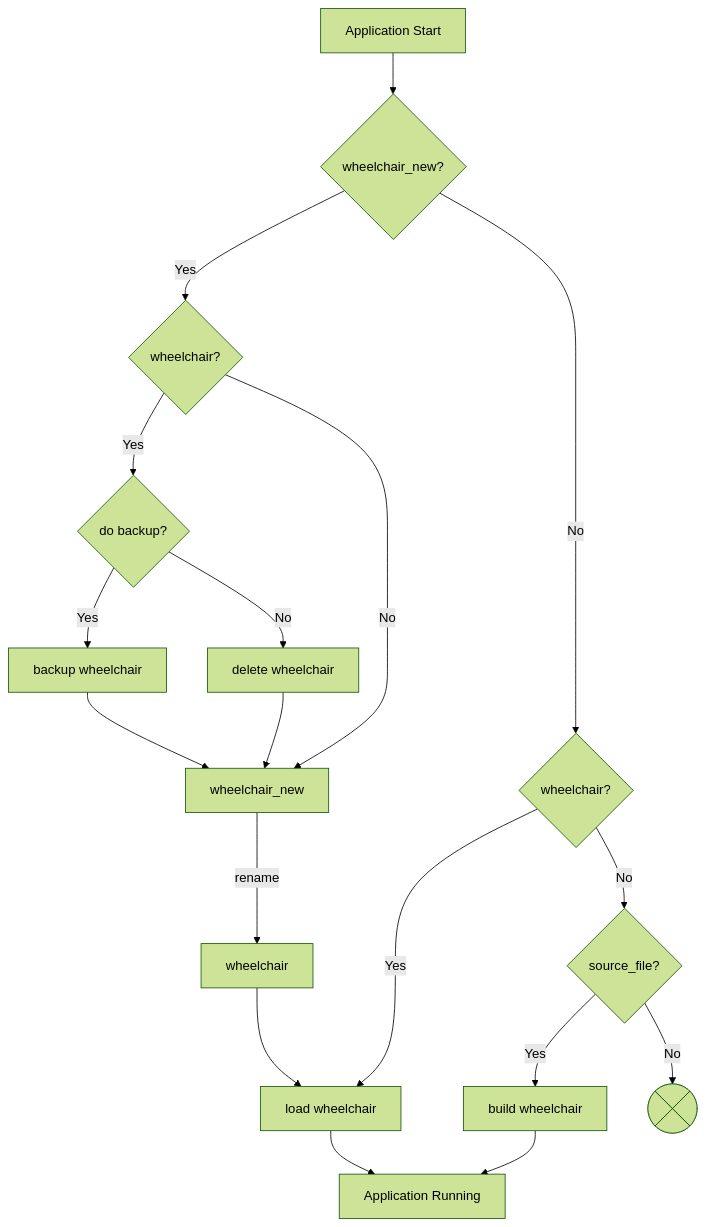
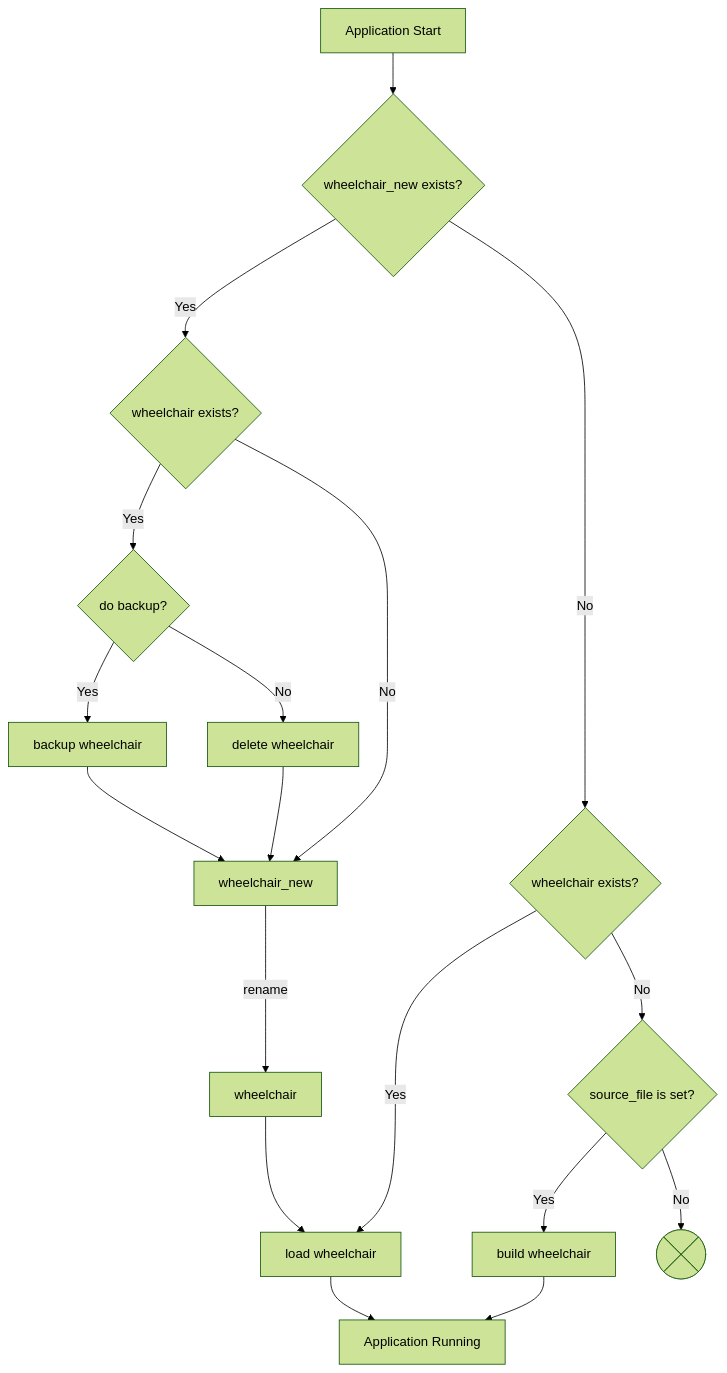
Before and after one commit to GIScience/openrouteservice: the diagram in docs/technical-details/graph-repo-client/index.md, drawn with Mermaid (forest theme). The commit also changed other lines of this file and 27 other files, not shown here.

First line of the commit message:
docs(graph-management): Overhaul config documentation

````diff
--- a/docs/technical-details/graph-repo-client/index.md
+++ b/docs/technical-details/graph-repo-client/index.md
@@ -294,19 +294,19 @@
 ```mermaid
 flowchart TD
-    AS[Application Start] --> QN{wheelchair_new?}
-        QN -->|Yes| QW{wheelchair?} 
+    AS[Application Start] --> QN{wheelchair_new exists?}
+        QN -->|Yes| QW{wheelchair exists?} 
             QW -->|Yes| QB{do backup?} 
                 QB -->|Yes| B[backup wheelchair] 
                     B --> RW
                 QB -->|No | D[delete wheelchair]
                     D --> RW 
             QW -->|No | RW[wheelchair_new] -->|rename| W
-        QN -->|No | QA{wheelchair?} 
+        QN -->|No | QA{wheelchair exists?} 
             QA -->|Yes| L
-            QA -->|No | S{source_file?}
+            QA -->|No | S{source_file is set?}
                 S -->|Yes| Build[build wheelchair]
                     Build --> AR
                 S -->|No | A@{ shape: cross-circ, label: "Error" }
     W[wheelchair] --> L                
     L[load wheelchair] --> AR[Application Running]
 ```
````
